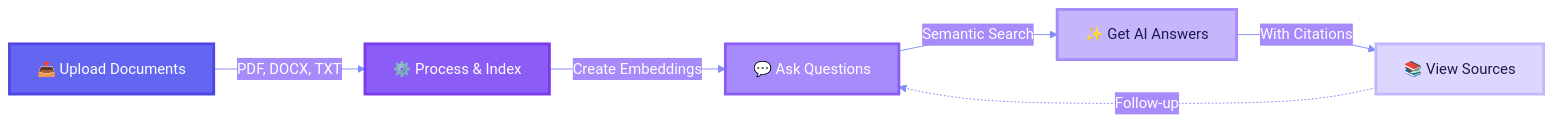
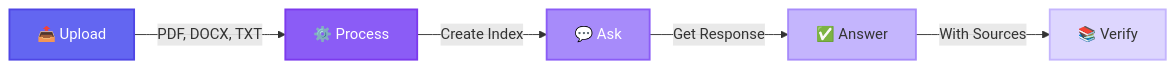
The first of 2 diagrams in README.md (24pwai0032-gif/rag-document-chat), drawn with Mermaid before and after one commit. The commit also changed other lines of this file, not shown here.

````diff
--- a/README.md
+++ b/README.md
@@ -196,16 +126,13 @@
 ```mermaid
-%%{init: {'theme':'base', 'themeVariables': { 'primaryColor':'#6366f1','primaryTextColor':'#fff','primaryBorderColor':'#4f46e5','lineColor':'#818cf8','secondaryColor':'#a78bfa','tertiaryColor':'#c4b5fd','background':'#1e1b4b','mainBkg':'#312e81','secondBkg':'#4c1d95'}}}%%
-
 graph LR
-    A[📤 Upload Documents] -->|PDF, DOCX, TXT| B[⚙️ Process & Index]
-    B -->|Create Embeddings| C[💬 Ask Questions]
-    C -->|Semantic Search| D[✨ Get AI Answers]
-    D -->|With Citations| E[📚 View Sources]
-    E -.->|Follow-up| C
+    A[📤 Upload] -->|PDF, DOCX, TXT| B[⚙️ Process]
+    B -->|Create Index| C[💬 Ask]
+    C -->|Get Response| D[✅ Answer]
+    D -->|With Sources| E[📚 Verify]
     
-    style A fill:#6366f1,stroke:#4f46e5,stroke-width:3px,color:#fff
-    style B fill:#8b5cf6,stroke:#7c3aed,stroke-width:3px,color:#fff
-    style C fill:#a78bfa,stroke:#8b5cf6,stroke-width:3px,color:#fff
-    style D fill:#c4b5fd,stroke:#a78bfa,stroke-width:3px,color:#1e1b4b
-    style E fill:#ddd6fe,stroke:#c4b5fd,stroke-width:3px,color:#1e1b4b
+    style A fill:#6366f1,stroke:#4f46e5,stroke-width:2px,color:#fff
+    style B fill:#8b5cf6,stroke:#7c3aed,stroke-width:2px,color:#fff
+    style C fill:#a78bfa,stroke:#8b5cf6,stroke-width:2px,color:#fff
+    style D fill:#c4b5fd,stroke:#a78bfa,stroke-width:2px,color:#333
+    style E fill:#ddd6fe,stroke:#c4b5fd,stroke-width:2px,color:#333
 ```
````
